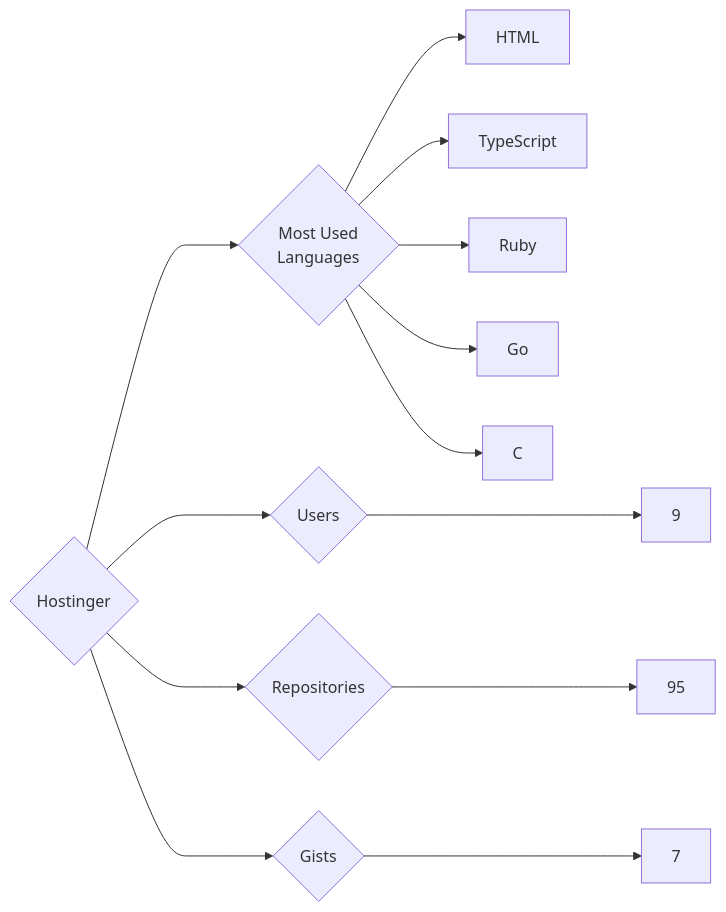
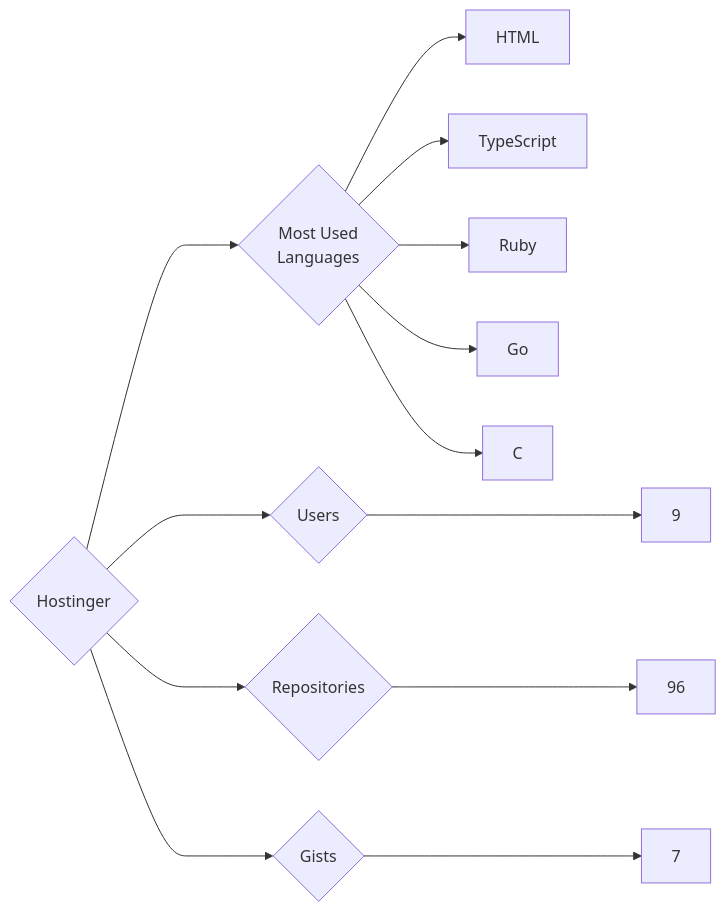
One commit to trickest/insiders changed the diagram in targets/Hostinger/README.md. Above: the diagram before and after it, drawn with Mermaid. The commit also changed 714 other files, not shown here.

````diff
--- a/targets/Hostinger/README.md
+++ b/targets/Hostinger/README.md
@@ -3,13 +3,13 @@
 ```mermaid
 graph LR
 COMPANY_NAME{Hostinger}
 COMPANY_NAME ---> U{Users} ---> UN[9]
-COMPANY_NAME ---> R{Repositories} ---> RN[95]
+COMPANY_NAME ---> R{Repositories} ---> RN[96]
 COMPANY_NAME ---> G{Gists} ---> GN[7]
 COMPANY_NAME ---> ML{Most Used<br>Languages}
 ML --> HTML[HTML]
 ML --> TypeScript[TypeScript]
 ML --> Ruby[Ruby]
 ML --> Go[Go]
 ML --> C[C]
 ```
````
